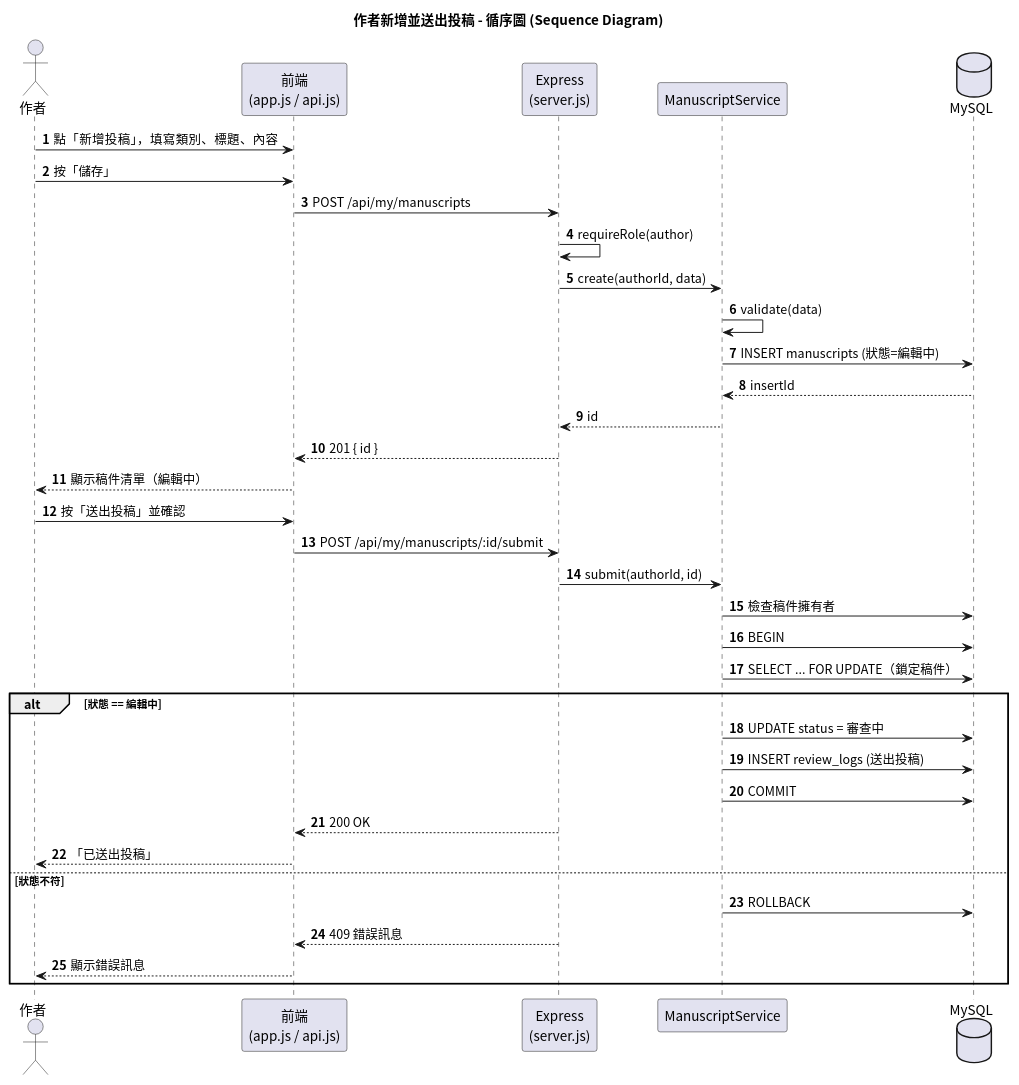
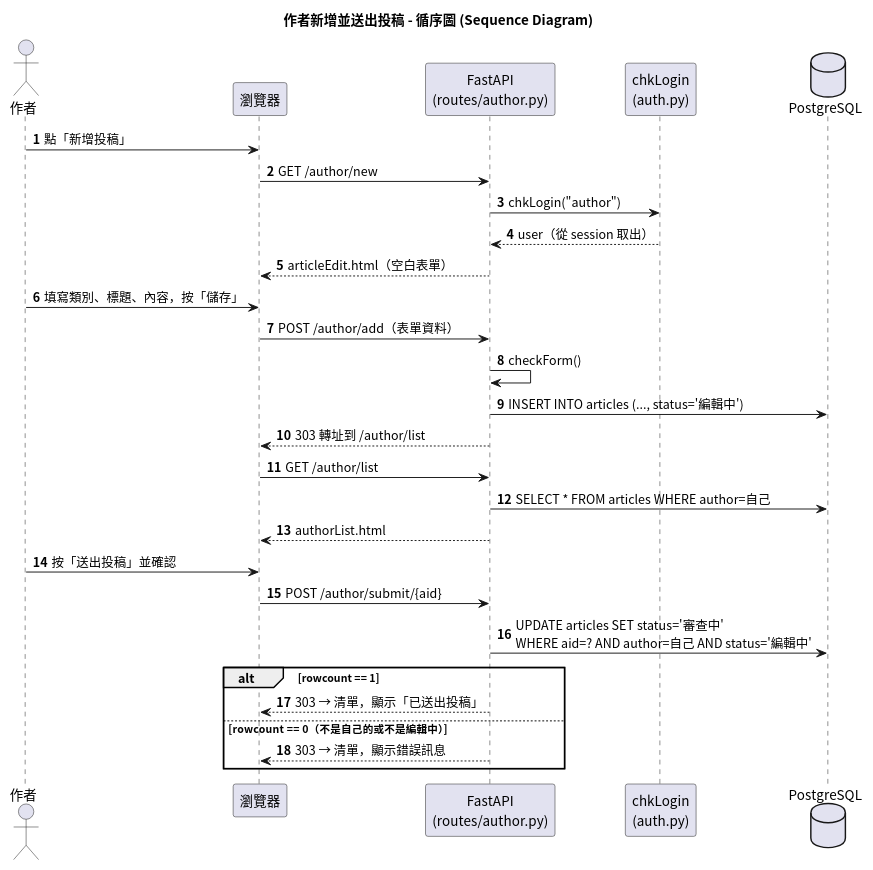
Before and after one commit to 617-lyx/1151se_mid: the diagram in docs/uml/04_sequence_author.puml, drawn with PlantUML. The commit also changed 45 other files, not shown here.

Commit message:
依課堂範例改寫：Python FastAPI + Jinja2 + PostgreSQL，更新 UML 圖

```diff
--- a/docs/uml/04_sequence_author.puml
+++ b/docs/uml/04_sequence_author.puml
@@ -1,42 +1,35 @@
 @startuml 04_sequence_author
 skinparam defaultFontName "Noto Sans CJK TC"
 skinparam shadowing false
 skinparam backgroundColor white
 title 作者新增並送出投稿 - 循序圖 (Sequence Diagram)
 autonumber
 actor 作者
-participant "前端\n(app.js / api.js)" as FE
-participant "Express\n(server.js)" as API
-participant ManuscriptService as S
-database MySQL as DB
+participant "瀏覽器" as BR
+participant "FastAPI\n(routes/author.py)" as API
+participant "chkLogin\n(auth.py)" as AUTH
+database "PostgreSQL" as DB
 
-作者 -> FE : 點「新增投稿」，填寫類別、標題、內容
-作者 -> FE : 按「儲存」
-FE -> API : POST /api/my/manuscripts
-API -> API : requireRole(author)
-API -> S : create(authorId, data)
-S -> S : validate(data)
-S -> DB : INSERT manuscripts (狀態=編輯中)
-DB --> S : insertId
-S --> API : id
-API --> FE : 201 { id }
-FE --> 作者 : 顯示稿件清單（編輯中）
+作者 -> BR : 點「新增投稿」
+BR -> API : GET /author/new
+API -> AUTH : chkLogin("author")
+AUTH --> API : user（從 session 取出）
+API --> BR : articleEdit.html（空白表單）
+作者 -> BR : 填寫類別、標題、內容，按「儲存」
+BR -> API : POST /author/add（表單資料）
+API -> API : checkForm()
+API -> DB : INSERT INTO articles (..., status='編輯中')
+API --> BR : 303 轉址到 /author/list
+BR -> API : GET /author/list
+API -> DB : SELECT * FROM articles WHERE author=自己
+API --> BR : authorList.html
 
-作者 -> FE : 按「送出投稿」並確認
-FE -> API : POST /api/my/manuscripts/:id/submit
-API -> S : submit(authorId, id)
-S -> DB : 檢查稿件擁有者
-S -> DB : BEGIN
-S -> DB : SELECT ... FOR UPDATE（鎖定稿件）
-alt 狀態 == 編輯中
-  S -> DB : UPDATE status = 審查中
-  S -> DB : INSERT review_logs (送出投稿)
-  S -> DB : COMMIT
-  API --> FE : 200 OK
-  FE --> 作者 : 「已送出投稿」
-else 狀態不符
-  S -> DB : ROLLBACK
-  API --> FE : 409 錯誤訊息
-  FE --> 作者 : 顯示錯誤訊息
+作者 -> BR : 按「送出投稿」並確認
+BR -> API : POST /author/submit/{aid}
+API -> DB : UPDATE articles SET status='審查中'\nWHERE aid=? AND author=自己 AND status='編輯中'
+alt rowcount == 1
+  API --> BR : 303 → 清單，顯示「已送出投稿」
+else rowcount == 0（不是自己的或不是編輯中）
+  API --> BR : 303 → 清單，顯示錯誤訊息
 end
 @enduml
```
